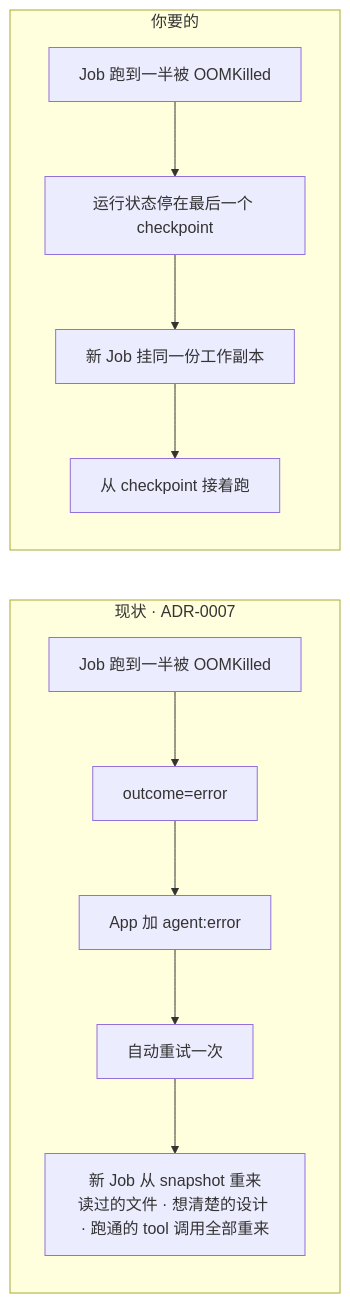
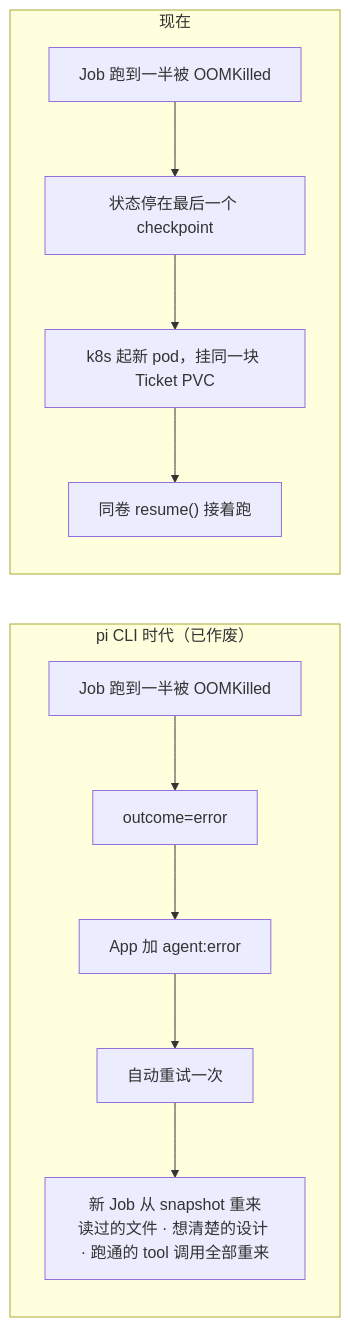
The ninth of 9 diagrams in docs/architecture.md (2017fighting/remote-agent), drawn with Mermaid before and after one commit. The commit also changed other lines of this file and 151 other files, not shown here.

````diff
--- a/docs/architecture.md
+++ b/docs/architecture.md
@@ -317,9 +336,9 @@
 ```mermaid
 flowchart LR
-    subgraph Now["现状 · ADR-0007"]
+    subgraph Before["pi CLI 时代（已作废）"]
         R1["Job 跑到一半被 OOMKilled"] --> R2["outcome=error"] --> R3["App 加 agent:error"] --> R4["自动重试一次"] --> R5["新 Job 从 snapshot 重来<br/>读过的文件 · 想清楚的设计 · 跑通的 tool 调用全部重来"]
     end
-    subgraph Want["你要的"]
-        D1["Job 跑到一半被 OOMKilled"] --> D2["运行状态停在最后一个 checkpoint"] --> D3["新 Job 挂同一份工作副本"] --> D4["从 checkpoint 接着跑"]
+    subgraph Now["现在"]
+        D1["Job 跑到一半被 OOMKilled"] --> D2["状态停在最后一个 checkpoint"] --> D3["k8s 起新 pod，挂同一块 Ticket PVC"] --> D4["同卷 resume() 接着跑"]
     end
 ```
````
